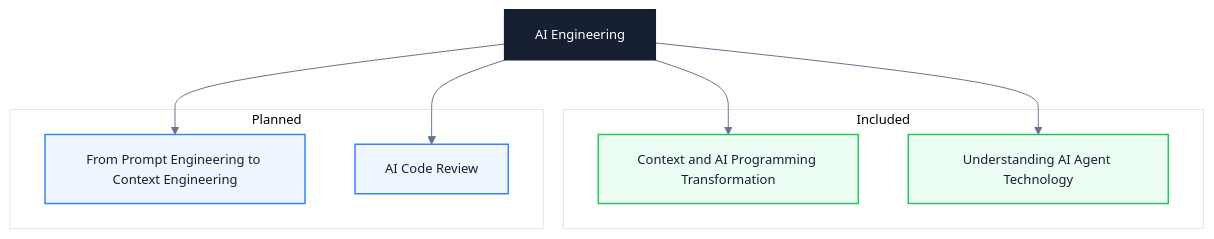
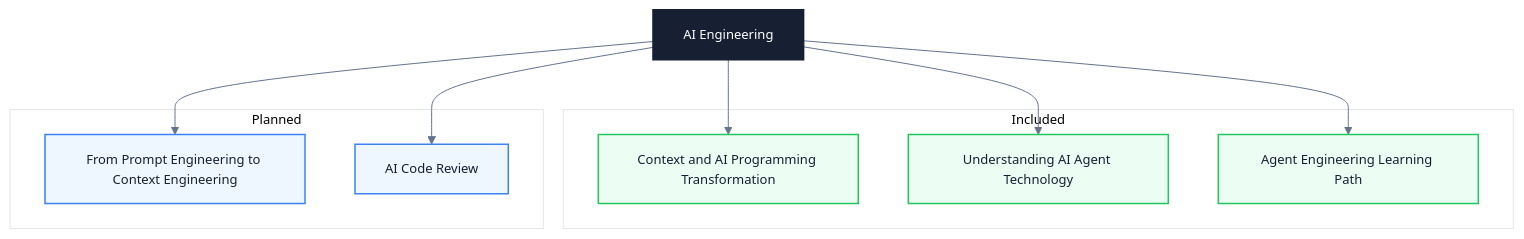
Before and after one commit to Fatejian/frontier-vault: the diagram in docs/en/ai/index.md, drawn with Mermaid. The commit also changed other lines of this file and 5 other files, not shown here.

First line of the commit message:
feat(ai): add agent engineering learning path article and fix TOC fallback

````diff
--- a/docs/en/ai/index.md
+++ b/docs/en/ai/index.md
@@ -17,29 +17,31 @@
 ```mermaid
 %%{init: {'theme': 'base', 'themeVariables': {'fontFamily': 'Inter, PingFang SC, Microsoft YaHei, sans-serif', 'primaryColor': '#F8FAFC', 'primaryTextColor': '#172033', 'primaryBorderColor': '#CBD5E1', 'lineColor': '#64748B', 'fontSize': '13px'}}}%%
 
 flowchart TB
     center["AI Engineering"]
 
     subgraph Included
         work1["Context and AI Programming Transformation"]
         work2["Understanding AI Agent Technology"]
+        work3["Agent Engineering Learning Path"]
     end
 
     subgraph Planned
         wait1["From Prompt Engineering to Context Engineering"]
         wait3["AI Code Review"]
     end
 
     center --> work1
     center --> work2
+    center --> work3
     center --> wait1
     center --> wait3
 
     classDef core fill:#172033,color:#fff,stroke:#172033,stroke-width:2px
     classDef work fill:#ECFDF3,stroke:#22C55E,color:#172033,stroke-width:1.5px
     classDef wait fill:#EEF6FF,stroke:#3B82F6,color:#172033,stroke-width:1.5px
 
     class center core
-    class work1,work2 work
+    class work1,work2,work3 work
     class wait1,wait3 wait
 ```
````
